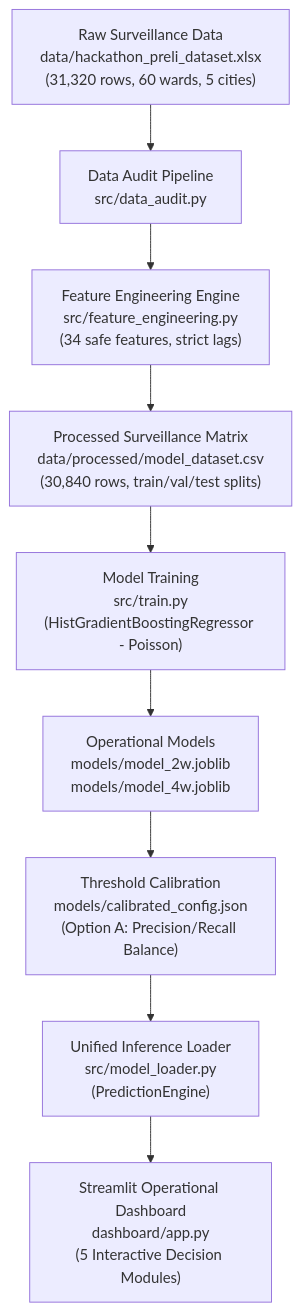
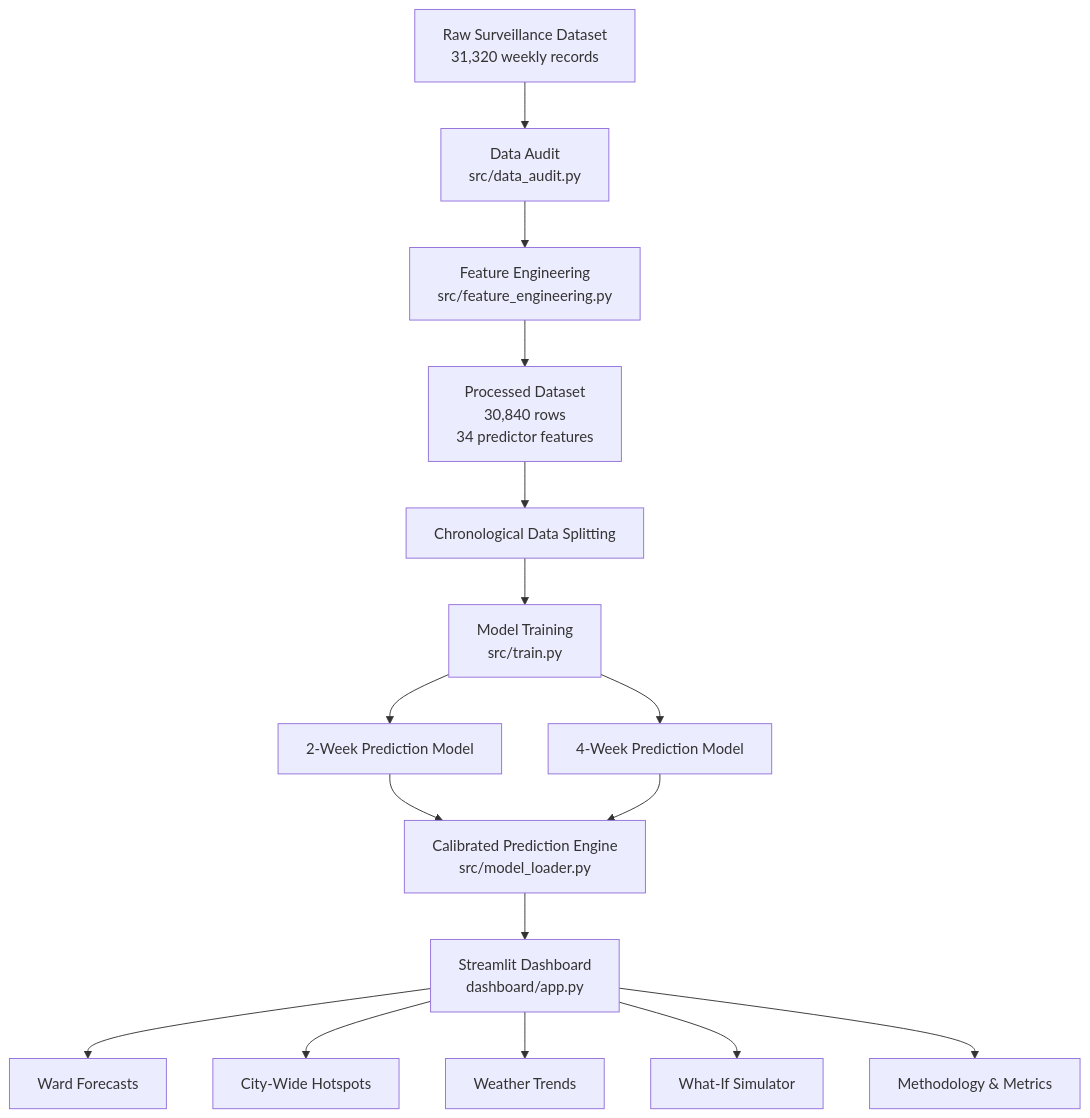
Before and after one commit to HumanaAli/DengueGuard-AI: the diagram in README.md, drawn with Mermaid. The commit also changed other lines of this file and 2 other files, not shown here.

Commit message:
Complete hackathon documentation

````diff
--- a/README.md
+++ b/README.md
@@ -58,11 +120,18 @@
 ```mermaid
 flowchart TD
-    A["Raw Surveillance Data<br>data/hackathon_preli_dataset.xlsx<br>(31,320 rows, 60 wards, 5 cities)"] --> B["Data Audit Pipeline<br>src/data_audit.py"]
-    B --> C["Feature Engineering Engine<br>src/feature_engineering.py<br>(34 safe features, strict lags)"]
-    C --> D["Processed Surveillance Matrix<br>data/processed/model_dataset.csv<br>(30,840 rows, train/val/test splits)"]
-    D --> E["Model Training<br>src/train.py<br>(HistGradientBoostingRegressor - Poisson)"]
-    E --> F["Operational Models<br>models/model_2w.joblib<br>models/model_4w.joblib"]
-    F --> G["Threshold Calibration<br>models/calibrated_config.json<br>(Option A: Precision/Recall Balance)"]
-    G --> H["Unified Inference Loader<br>src/model_loader.py<br>(PredictionEngine)"]
-    H --> I["Streamlit Operational Dashboard<br>dashboard/app.py<br>(5 Interactive Decision Modules)"]
+    A["Raw Surveillance Dataset<br/>31,320 weekly records"] --> B["Data Audit<br/>src/data_audit.py"]
+    B --> C["Feature Engineering<br/>src/feature_engineering.py"]
+    C --> D["Processed Dataset<br/>30,840 rows<br/>34 predictor features"]
+    D --> E["Chronological Data Splitting"]
+    E --> F["Model Training<br/>src/train.py"]
+    F --> G["2-Week Prediction Model"]
+    F --> H["4-Week Prediction Model"]
+    G --> I["Calibrated Prediction Engine<br/>src/model_loader.py"]
+    H --> I
+    I --> J["Streamlit Dashboard<br/>dashboard/app.py"]
+    J --> K["Ward Forecasts"]
+    J --> L["City-Wide Hotspots"]
+    J --> M["Weather Trends"]
+    J --> N["What-If Simulator"]
+    J --> O["Methodology & Metrics"]
 ```
````
